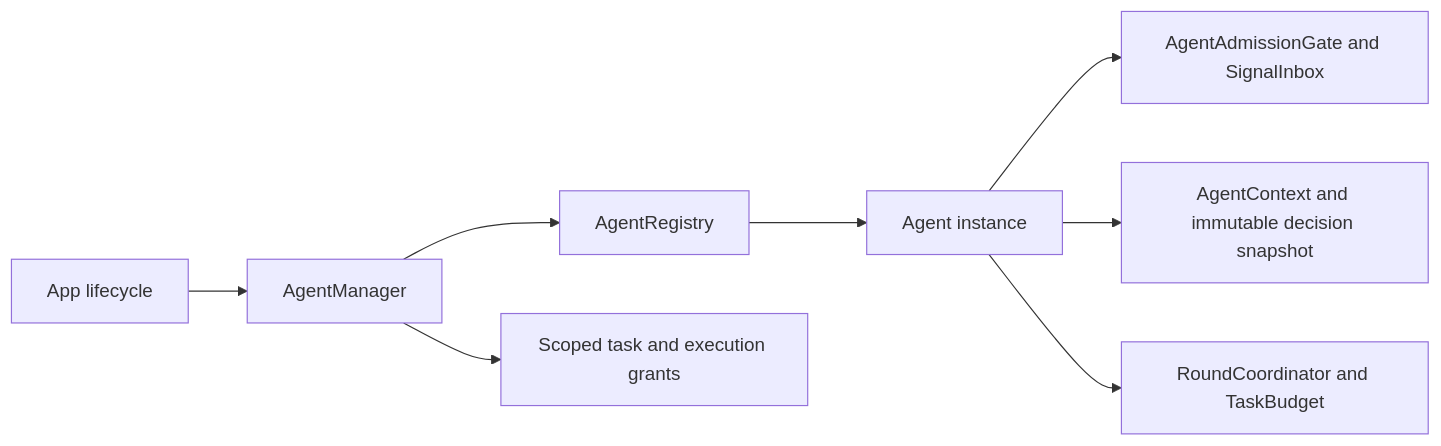
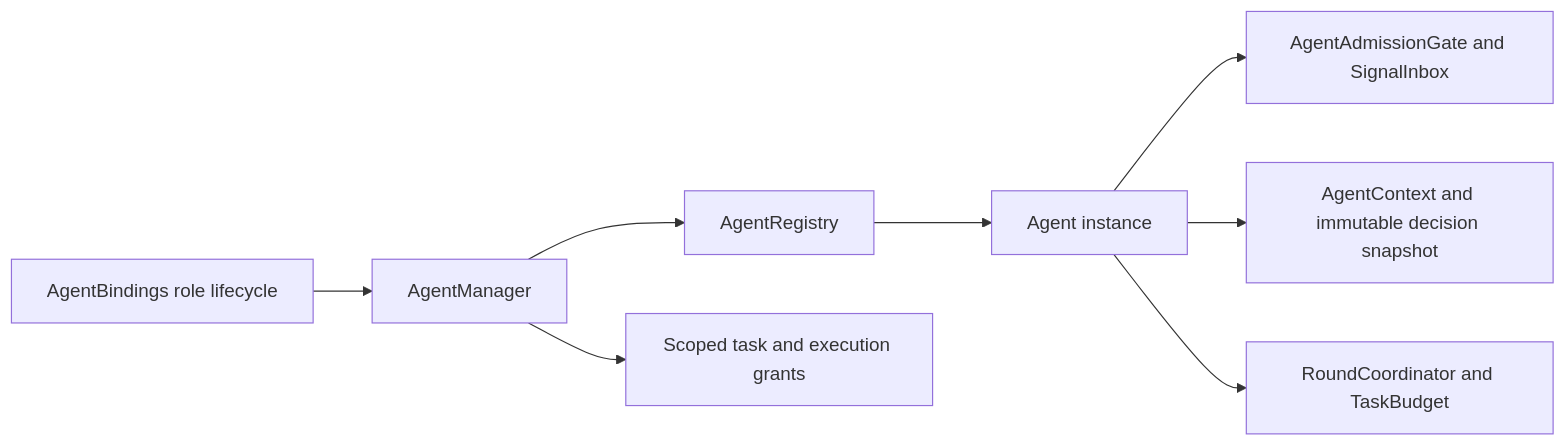
One commit to devilyouwei/MobileHarness changed the first of 2 diagrams in MobileHarness/Agents/Support/Core/Runtime/README.md. Above: the diagram before and after it, drawn with Mermaid. The commit also changed 254 other files, not shown here.

First line of the commit message:
refactor: isolate app composition and module bindings

````diff
--- a/MobileHarness/Agents/Support/Core/Runtime/README.md
+++ b/MobileHarness/Agents/Support/Core/Runtime/README.md
@@ -15,10 +15,10 @@
 ```mermaid
 flowchart LR
- Host[App lifecycle] --> Manager[AgentManager]
+ Host[AgentBindings role lifecycle] --> Manager[AgentManager]
  Manager --> Registry[AgentRegistry]
  Registry --> Role[Agent instance]
  Role --> Gate[AgentAdmissionGate and SignalInbox]
  Role --> Context[AgentContext and immutable decision snapshot]
  Role --> Round[RoundCoordinator and TaskBudget]
  Manager --> Grants[Scoped task and execution grants]
 ```
````
